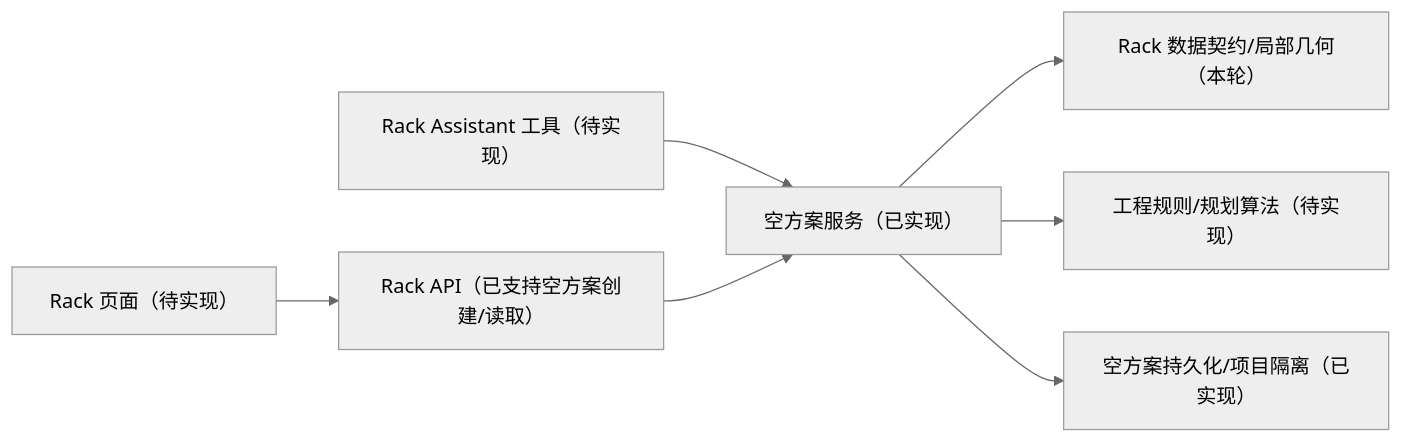
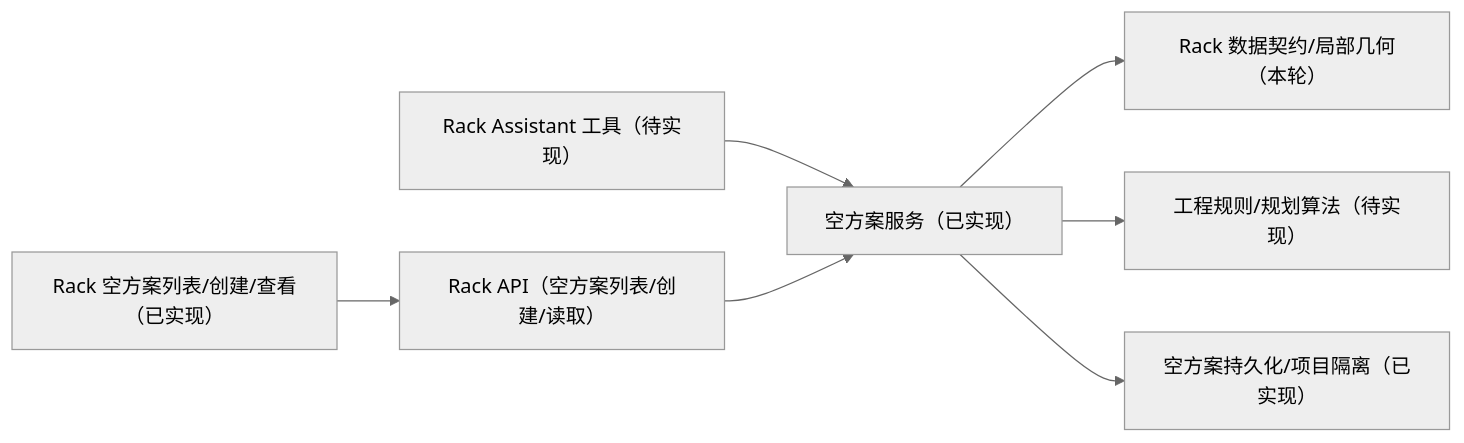
The diagram in RACK_FOUNDATION.md (Honghe-R/AI-INFRA-Rack), drawn with Mermaid (neutral theme) before and after one commit. The commit also changed other lines of this file and 29 other files, not shown here.

````diff
--- a/RACK_FOUNDATION.md
+++ b/RACK_FOUNDATION.md
@@ -112,9 +112,9 @@
 ```mermaid
 flowchart LR
-    UI["Rack 页面（待实现）"] --> HTTP["Rack API（已支持空方案创建/读取）"]
+    UI["Rack 空方案列表/创建/查看（已实现）"] --> HTTP["Rack API（空方案列表/创建/读取）"]
     AI["Rack Assistant 工具（待实现）"] --> SVC["空方案服务（已实现）"]
     HTTP --> SVC
     SVC --> DOMAIN["Rack 数据契约/局部几何（本轮）"]
     SVC --> RULES["工程规则/规划算法（待实现）"]
     SVC --> DB["空方案持久化/项目隔离（已实现）"]
 ```
````
